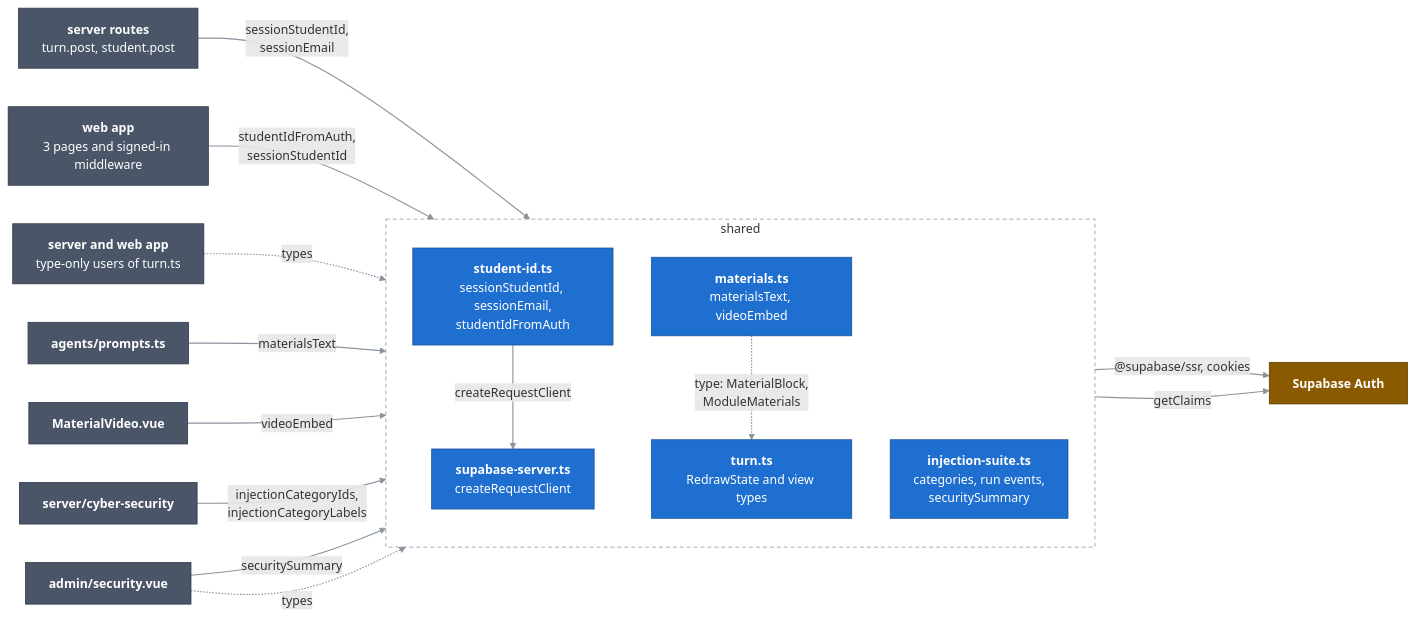
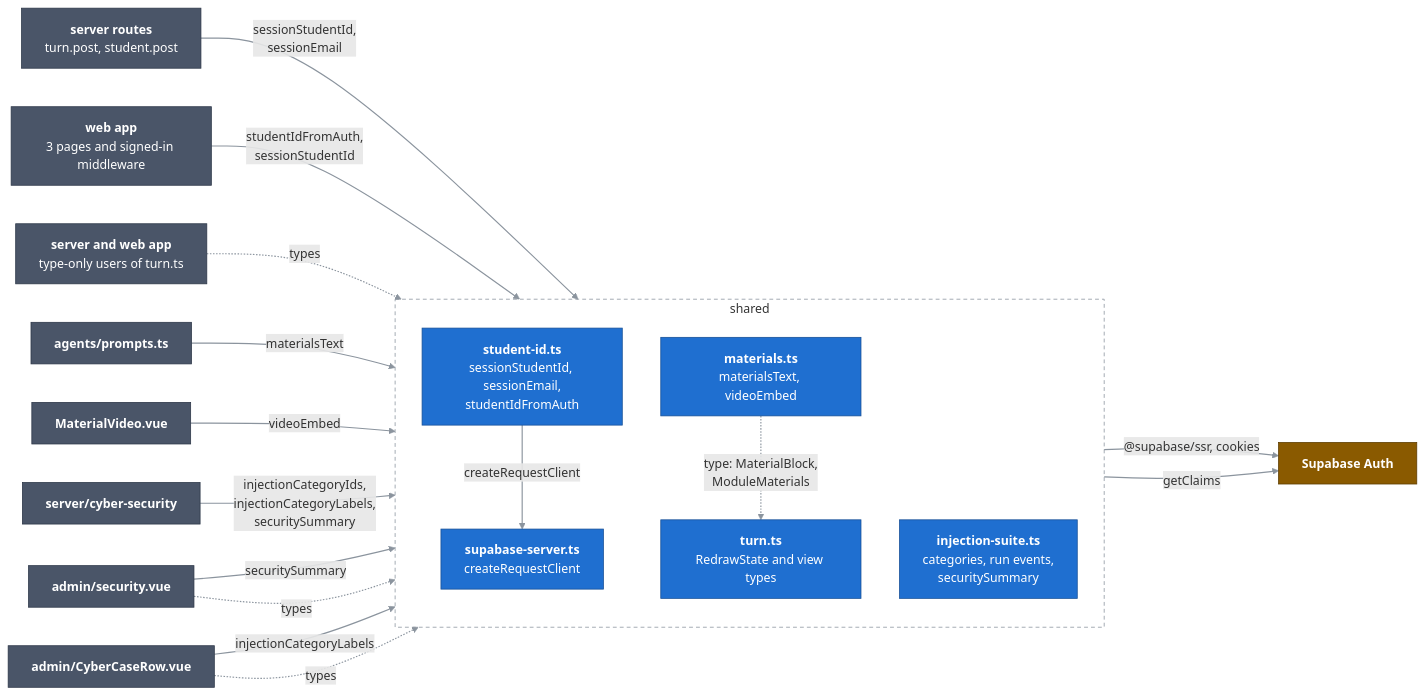
Before and after one commit to atuan1605/COS40005_HN9_Verifiable_Co-Learner_Agent: the diagram in docs/c4/03-components/shared.md, drawn with Mermaid. The commit also changed other lines of this file and 4 other files, not shown here.

````diff
--- a/docs/c4/03-components/shared.md
+++ b/docs/c4/03-components/shared.md
@@ -10,41 +10,44 @@
 ```mermaid
 flowchart LR
   classDef comp fill:#1f6fd0,stroke:#164f96,color:#ffffff
   classDef near fill:#4a5568,stroke:#2d3748,color:#ffffff
   classDef ext fill:#8a5a00,stroke:#5c3c00,color:#ffffff
   linkStyle default stroke:#8b949e,stroke-width:1.5px
 
   routes["<b>server routes</b><br/>turn.post, student.post"]:::near
   pagesmw["<b>web app</b><br/>3 pages and signed-in middleware"]:::near
   typeUsers["<b>server and web app</b><br/>type-only users of turn.ts"]:::near
   auth["<b>Supabase Auth</b>"]:::ext
 
   subgraph shared["shared"]
     direction TB
     studentId["<b>student-id.ts</b><br/>sessionStudentId, sessionEmail,<br/>studentIdFromAuth"]:::comp
     supabaseServer["<b>supabase-server.ts</b><br/>createRequestClient"]:::comp
     turnTypes["<b>turn.ts</b><br/>RedrawState and view types"]:::comp
     materials["<b>materials.ts</b><br/>materialsText, videoEmbed"]:::comp
     injection["<b>injection-suite.ts</b><br/>categories, run events,<br/>securitySummary"]:::comp
   end
 
   prompts["<b>agents/prompts.ts</b>"]:::near
   video["<b>MaterialVideo.vue</b>"]:::near
   cyber["<b>server/cyber-security</b>"]:::near
   securityPage["<b>admin/security.vue</b>"]:::near
+  caseRow["<b>admin/CyberCaseRow.vue</b>"]:::near
 
   routes -->|"sessionStudentId,<br/>sessionEmail"| studentId
   pagesmw -->|"studentIdFromAuth,<br/>sessionStudentId"| studentId
   studentId -->|"createRequestClient"| supabaseServer
   supabaseServer -->|"@supabase/ssr, cookies"| auth
   studentId -->|"getClaims"| auth
   typeUsers -.->|"types"| turnTypes
   prompts -->|"materialsText"| materials
   video -->|"videoEmbed"| materials
-  cyber -->|"injectionCategoryIds,<br/>injectionCategoryLabels"| injection
+  cyber -->|"injectionCategoryIds,<br/>injectionCategoryLabels,<br/>securitySummary"| injection
   securityPage -->|"securitySummary"| injection
   securityPage -.->|"types"| injection
+  caseRow -->|"injectionCategoryLabels"| injection
+  caseRow -.->|"types"| injection
   materials -.->|"type: MaterialBlock,<br/>ModuleMaterials"| turnTypes
 
   style shared fill:none,stroke:#8b949e,stroke-dasharray:5 4
 ```
````
